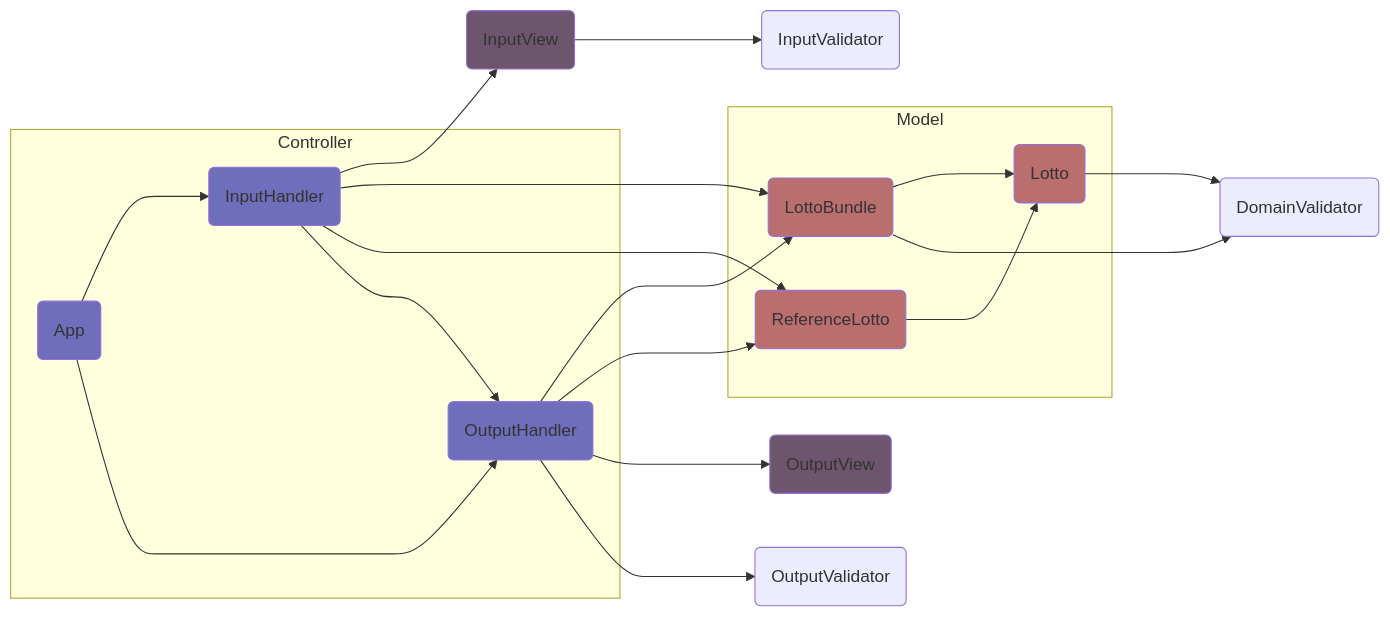
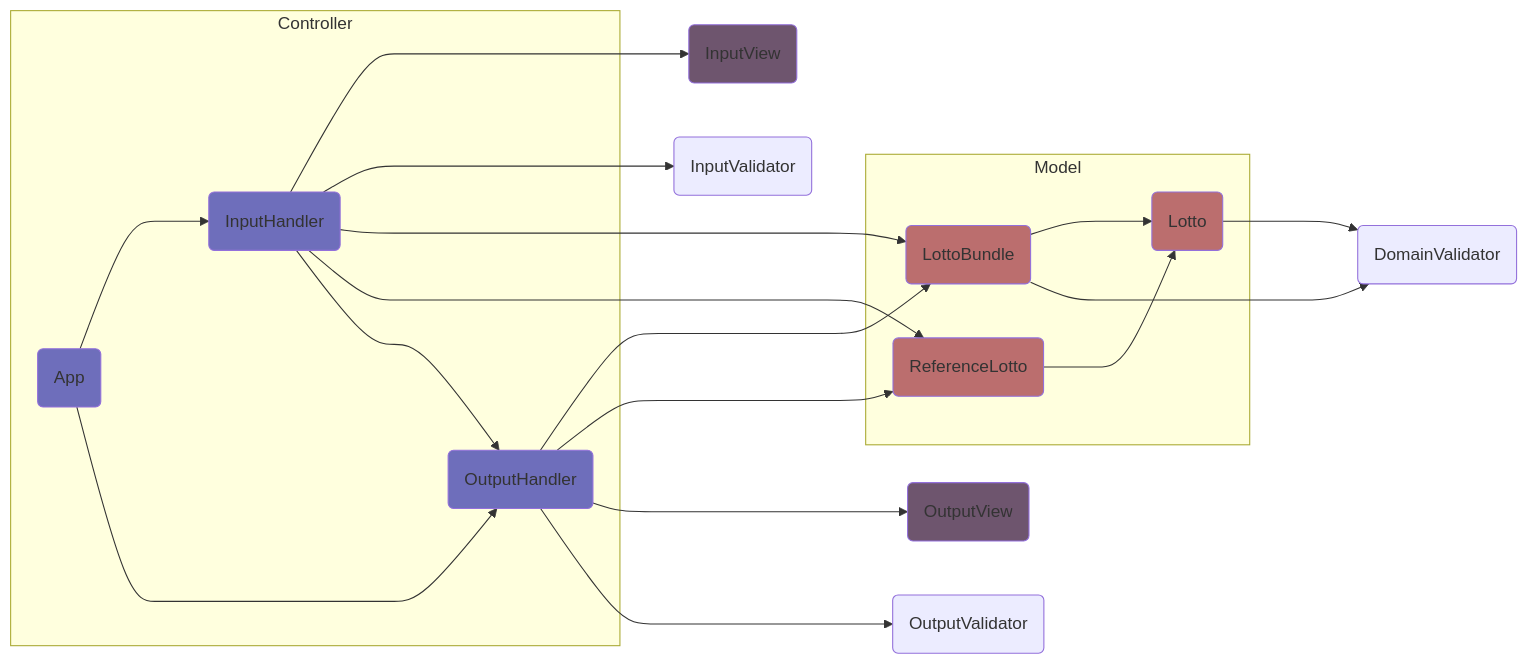
The diagram in docs/README.md (woowacourse-precourse/javascript-lotto-6), drawn with Mermaid before and after one commit. The commit also changed other lines of this file and 1 other file, not shown here.

````diff
--- a/docs/README.md
+++ b/docs/README.md
@@ -2,46 +2,46 @@
 ```mermaid
 flowchart LR
 
 subgraph Model
     Lotto(Lotto)
     ReferenceLotto(ReferenceLotto)    
     LottoBundle(LottoBundle)
 end
 subgraph Controller
     App(App)
     InputHandler(InputHandler)
     OutputHandler(OutputHandler)
 end
 InputView(InputView)
 OutputView(OutputView)
 InputValidator(InputValidator)
 DomainValidator(DomainValidator)
 OutputValidator(OutputValidator)
 
 App ---> InputHandler
 App ---> OutputHandler
-InputHandler ---> InputView
+InputHandler ----> InputView
+InputHandler ----> InputValidator
 InputHandler ---> LottoBundle
 InputHandler ---> ReferenceLotto
 InputHandler ---> OutputHandler
 
 OutputHandler ---> LottoBundle
 OutputHandler ---> ReferenceLotto
 OutputHandler ---> OutputView
 OutputHandler ---> OutputValidator
 
-InputView ---> InputValidator
 ReferenceLotto --->Lotto
 LottoBundle ---> Lotto
 LottoBundle ---> DomainValidator
 Lotto ---> DomainValidator
 
 style App fill:#6e6ebb
 style InputHandler fill:#6e6ebb
 style OutputHandler fill:#6e6ebb
 style Lotto fill:#bb6e6e
 style ReferenceLotto fill:#bb6e6e
 style LottoBundle fill:#bb6e6e
 style InputView fill:#6e556e
 style OutputView fill:#6e556e
 ```
````
